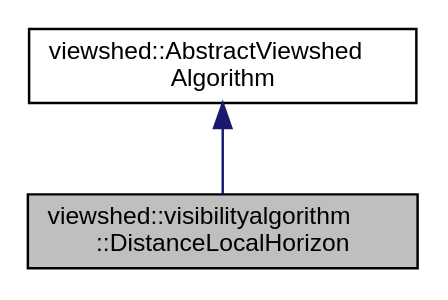
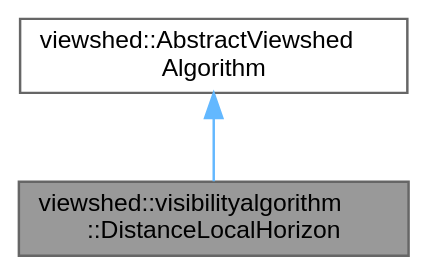
The diagram in classviewshed_1_1visibilityalgorithm_1_1DistanceLocalHorizon__inherit__graph.dot (JanCaha/cpp-viewshed-library), drawn with Graphviz before and after one commit. The commit also changed 320 other files, not shown here.

```diff
--- a/classviewshed_1_1visibilityalgorithm_1_1DistanceLocalHorizon__inherit__graph.dot
+++ b/classviewshed_1_1visibilityalgorithm_1_1DistanceLocalHorizon__inherit__graph.dot
@@ -1,9 +1,10 @@
 digraph "viewshed::visibilityalgorithm::DistanceLocalHorizon"
 {
  // LATEX_PDF_SIZE
-  edge [fontname="Helvetica",fontsize="10",labelfontname="Helvetica",labelfontsize="10"];
-  node [fontname="Helvetica",fontsize="10",shape=record];
-  Node1 [label="viewshed::visibilityalgorithm\l::DistanceLocalHorizon",height=0.2,width=0.4,color="black", fillcolor="grey75", style="filled", fontcolor="black",tooltip=" "];
-  Node2 -> Node1 [dir="back",color="midnightblue",fontsize="10",style="solid",fontname="Helvetica"];
-  Node2 [label="viewshed::AbstractViewshed\lAlgorithm",height=0.2,width=0.4,color="black", fillcolor="white", style="filled",URL="$classviewshed_1_1AbstractViewshedAlgorithm.html",tooltip="Base class for all Viewshed Algorithms."];
+  bgcolor="transparent";
+  edge [fontname=Helvetica,fontsize=10,labelfontname=Helvetica,labelfontsize=10];
+  node [fontname=Helvetica,fontsize=10,shape=box,height=0.2,width=0.4];
+  Node1 [id="Node000001",label="viewshed::visibilityalgorithm\l::DistanceLocalHorizon",height=0.2,width=0.4,color="gray40", fillcolor="grey60", style="filled", fontcolor="black",tooltip=" "];
+  Node2 -> Node1 [id="edge1_Node000001_Node000002",dir="back",color="steelblue1",style="solid",tooltip=" "];
+  Node2 [id="Node000002",label="viewshed::AbstractViewshed\lAlgorithm",height=0.2,width=0.4,color="gray40", fillcolor="white", style="filled",URL="$classviewshed_1_1AbstractViewshedAlgorithm.html",tooltip="Base class for all Viewshed Algorithms."];
 }
```
